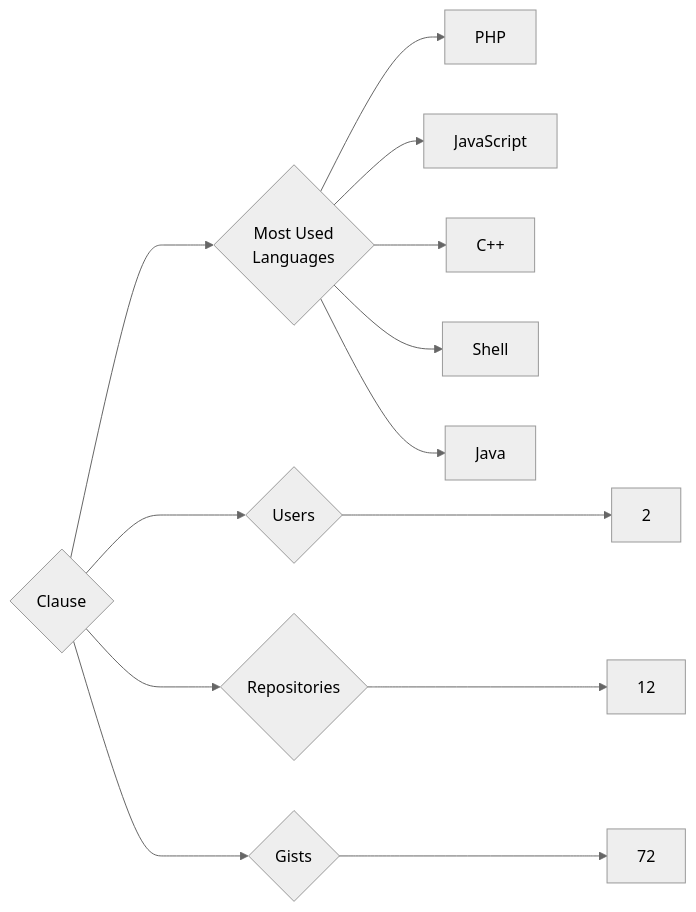
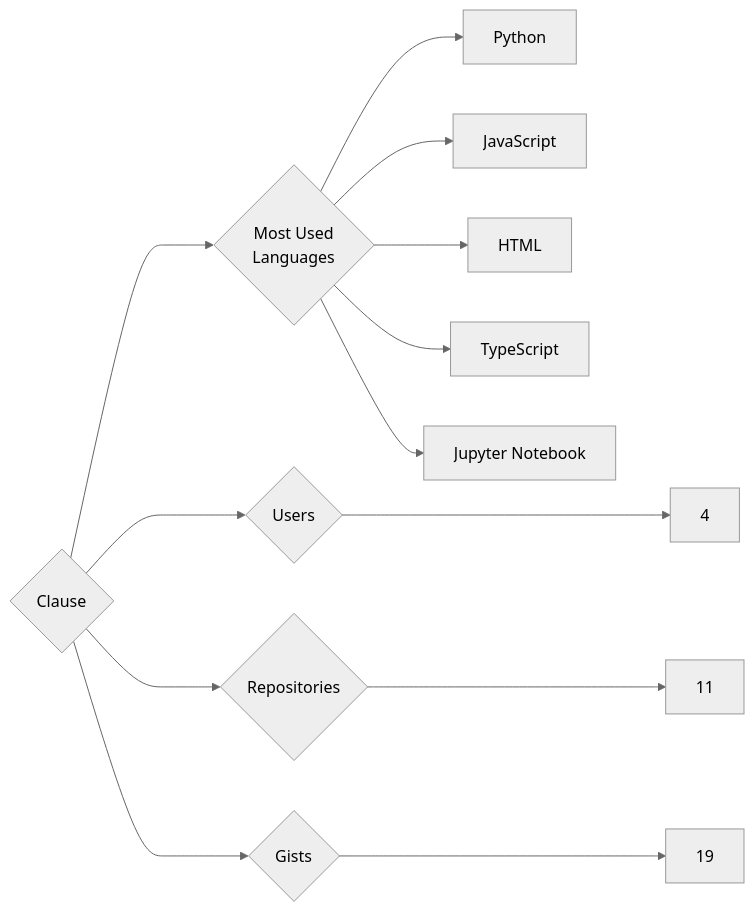
The diagram in targets/Clause/README.md (trickest/insiders), drawn with Mermaid (neutral theme) before and after one commit. The commit also changed 944 other files, not shown here.

````diff
--- a/targets/Clause/README.md
+++ b/targets/Clause/README.md
@@ -3,13 +3,13 @@
 ```mermaid
 graph LR
 COMPANY_NAME{Clause}
-COMPANY_NAME ---> U{Users} ---> UN[2]
-COMPANY_NAME ---> R{Repositories} ---> RN[12]
-COMPANY_NAME ---> G{Gists} ---> GN[72]
+COMPANY_NAME ---> U{Users} ---> UN[4]
+COMPANY_NAME ---> R{Repositories} ---> RN[11]
+COMPANY_NAME ---> G{Gists} ---> GN[19]
 COMPANY_NAME ---> ML{Most Used<br>Languages}
-ML --> PHP[PHP]
+ML --> Python[Python]
 ML --> JavaScript[JavaScript]
-ML --> C++[C++]
-ML --> Shell[Shell]
-ML --> Java[Java]
+ML --> HTML[HTML]
+ML --> TypeScript[TypeScript]
+ML --> Jupyter_Notebook[Jupyter Notebook]
 ```
````
